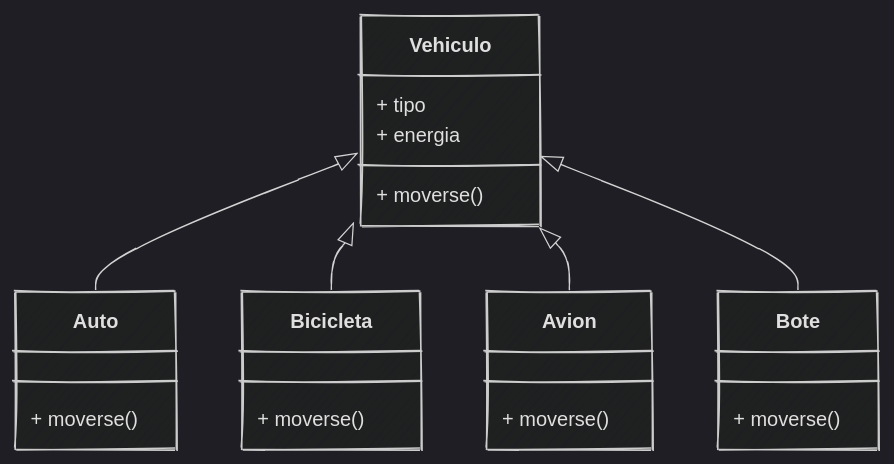
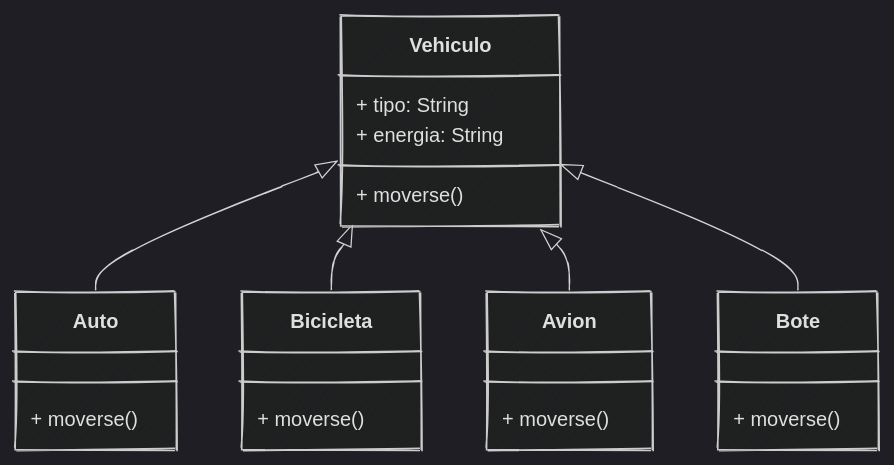
Before and after one commit to python-la-paz/python-study-group-oop: the fourth of 8 diagrams in content/sesion07/Readme.md, drawn with Mermaid. The commit also changed other lines of this file and 1 other file, not shown here.

Commit message:
Add vector diagram image for Sesión 07

````diff
--- a/content/sesion07/Readme.md
+++ b/content/sesion07/Readme.md
@@ -750,25 +768,25 @@
 ```mermaid
 %%{init: {"theme": "dark", "look": "handDrawn"  }}%%
 classDiagram
     class Vehiculo {
-        + tipo
-        + energia
+        + tipo: String
+        + energia: String
         + moverse()
     }
     class Auto {
         + moverse()
     }
     class Bicicleta {
         + moverse()
     }
     class Avion {
         + moverse()
     }
     class Bote {
         + moverse()
     }
     Vehiculo <|-- Auto
     Vehiculo <|-- Bicicleta
     Vehiculo <|-- Avion
     Vehiculo <|-- Bote
 ```
````
